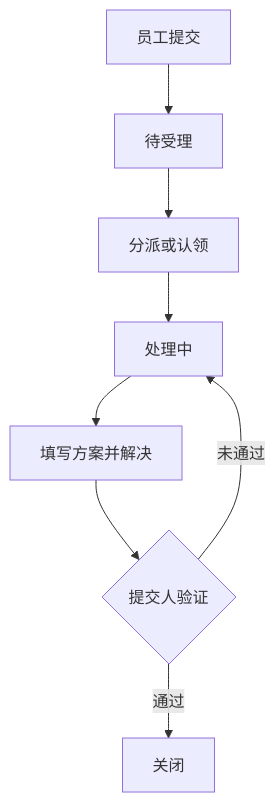
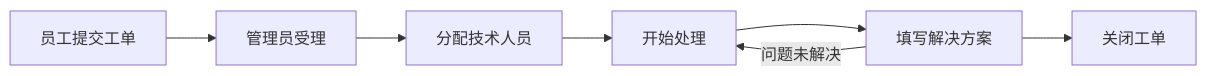
One commit to ziangliu0503-create/ticketscope-enterprise-ticket-system changed the diagram in docs/PRD.md. Above: the diagram before and after it, drawn with Mermaid. The commit also changed other lines of this file and 23 other files, not shown here.

````diff
--- a/docs/PRD.md
+++ b/docs/PRD.md
@@ -19,10 +29,9 @@
 ```mermaid
-flowchart TD
-    A[员工提交] --> B[待受理]
-    B --> C[分派或认领]
-    C --> D[处理中]
-    D --> E[填写方案并解决]
-    E --> F{提交人验证}
-    F -->|通过| G[关闭]
-    F -->|未通过| D
+flowchart LR
+    A[员工提交工单] --> B[管理员受理]
+    B --> C[分配技术人员]
+    C --> D[开始处理]
+    D --> E[填写解决方案]
+    E --> F[关闭工单]
+    E -->|问题未解决| D
 ```
````
